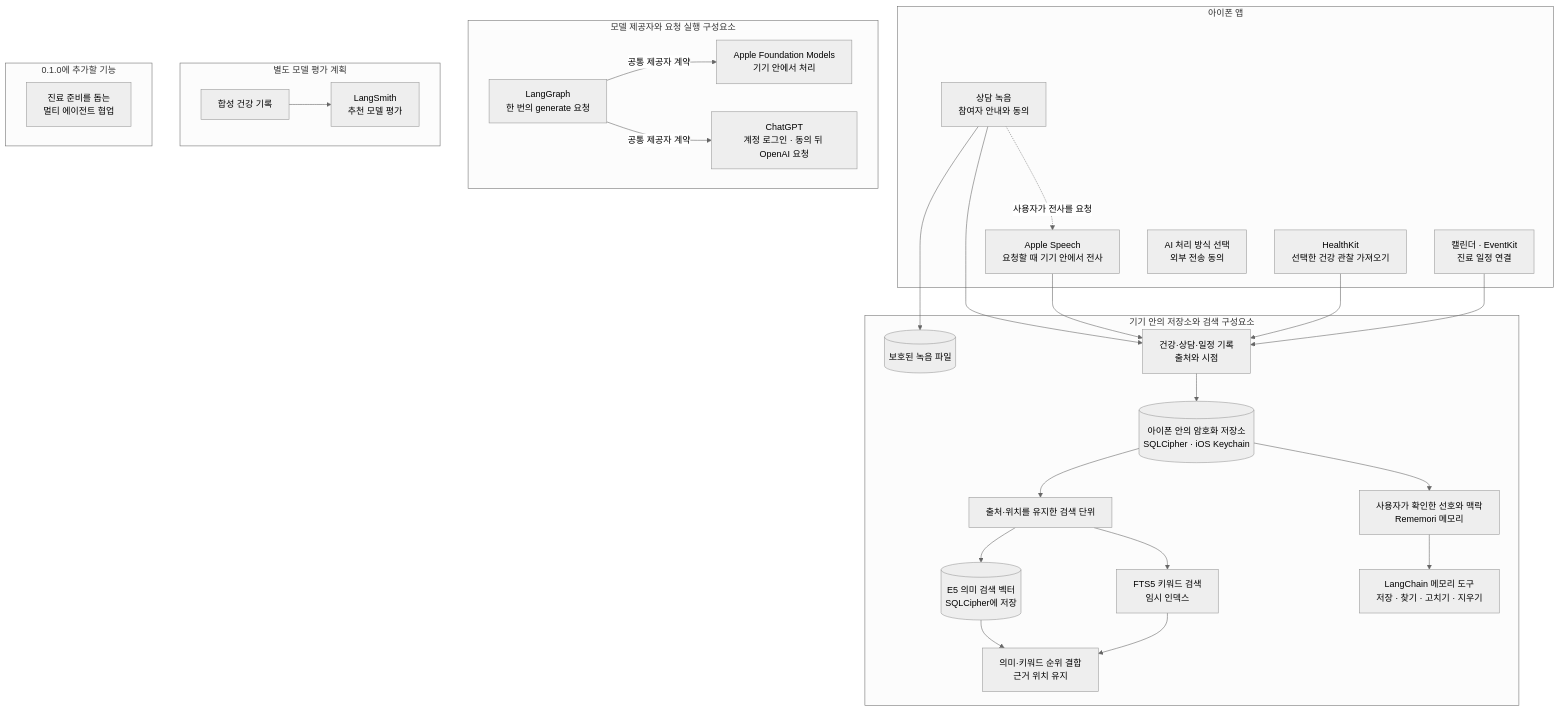
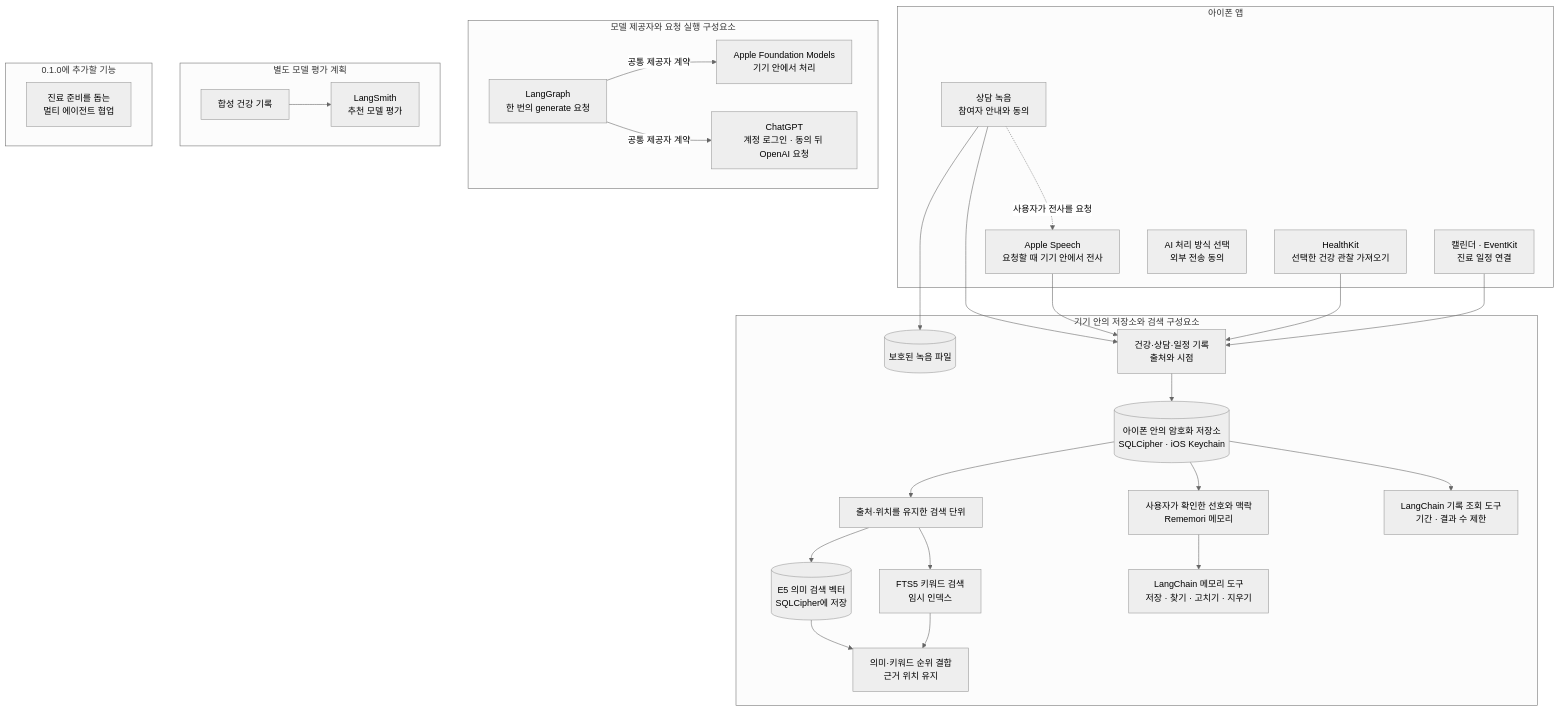
The diagram in README.md (eunsoogi/orot), drawn with Mermaid (neutral theme) before and after one commit. The commit also changed other lines of this file, not shown here.

Commit message:
docs(readme): include bounded local query tools

````diff
--- a/README.md
+++ b/README.md
@@ -29,55 +29,57 @@
 ```mermaid
 flowchart TB
   subgraph app["아이폰 앱"]
     recording["상담 녹음<br/>참여자 안내와 동의"]
     speech["Apple Speech<br/>요청할 때 기기 안에서 전사"]
     health["HealthKit<br/>선택한 건강 관찰 가져오기"]
     calendar["캘린더 · EventKit<br/>진료 일정 연결"]
     selection["AI 처리 방식 선택<br/>외부 전송 동의"]
   end
 
   subgraph local["기기 안의 저장소와 검색 구성요소"]
     audio[("보호된 녹음 파일")]
     records["건강·상담·일정 기록<br/>출처와 시점"]
     db[("아이폰 안의 암호화 저장소<br/>SQLCipher · iOS Keychain")]
     chunks["출처·위치를 유지한 검색 단위"]
     vectors[("E5 의미 검색 벡터<br/>SQLCipher에 저장")]
     fts["FTS5 키워드 검색<br/>임시 인덱스"]
     retrieval["의미·키워드 순위 결합<br/>근거 위치 유지"]
     memory["사용자가 확인한 선호와 맥락<br/>Rememori 메모리"]
     memoryTools["LangChain 메모리 도구<br/>저장 · 찾기 · 고치기 · 지우기"]
+    queryTools["LangChain 기록 조회 도구<br/>기간 · 결과 수 제한"]
   end
 
   subgraph model["모델 제공자와 요청 실행 구성요소"]
     modelRunner["LangGraph<br/>한 번의 generate 요청"]
     apple["Apple Foundation Models<br/>기기 안에서 처리"]
     chatgpt["ChatGPT<br/>계정 로그인 · 동의 뒤 OpenAI 요청"]
   end
 
   subgraph evaluation["별도 모델 평가 계획"]
     synthetic["합성 건강 기록"]
     langsmith["LangSmith<br/>추천 모델 평가"]
     synthetic --> langsmith
   end
 
   subgraph future["0.1.0에 추가할 기능"]
     collaboration["진료 준비를 돕는<br/>멀티 에이전트 협업"]
   end
 
   recording --> audio
   recording --> records
   recording -. "사용자가 전사를 요청" .-> speech
   speech --> records
   health --> records
   calendar --> records
   records --> db
   db --> chunks
   chunks --> vectors
   chunks --> fts
   vectors --> retrieval
   fts --> retrieval
   db --> memory
   memory --> memoryTools
+  db --> queryTools
   modelRunner -->|공통 제공자 계약| apple
   modelRunner -->|공통 제공자 계약| chatgpt
 ```
````
